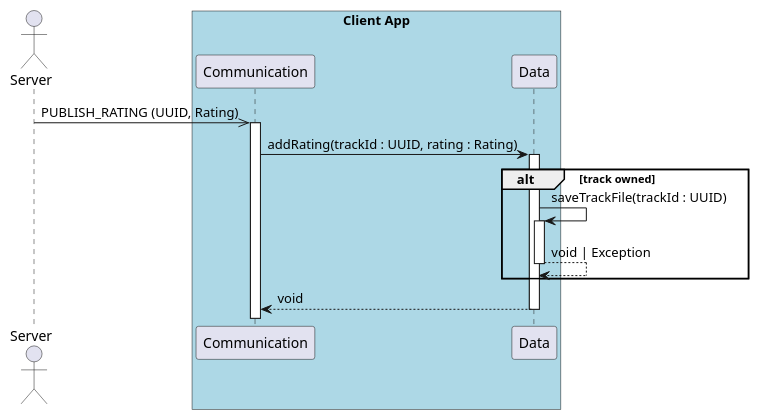
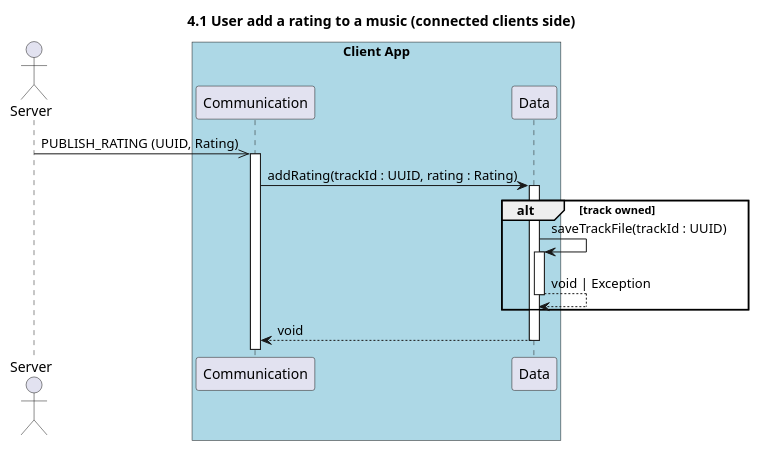
Before and after one commit to UTCAI12/Diagrams: the diagram in sequence/4.1.add_rating_others.puml, drawn with PlantUML. The commit also changed 30 other files, not shown here.

Commit message:
adding titles on all diagrams

```diff
--- a/sequence/4.1.add_rating_others.puml
+++ b/sequence/4.1.add_rating_others.puml
@@ -1,22 +1,23 @@
 @startuml 4.1 User add a rating to a music (connected clients side)
+title 4.1 User add a rating to a music (connected clients side)
 
 actor Server as server
 
 box "Client App" #LightBlue
     participant Communication as com
     participant Data as data
 end box
 
 server ->> com : PUBLISH_RATING (UUID, Rating)
 
 activate com
 com -> data++ : addRating(trackId : UUID, rating : Rating)
 
 alt track owned
     data->data++: saveTrackFile(trackId : UUID)
     return void | Exception
 end
 
 return void
 
 @enduml
```
